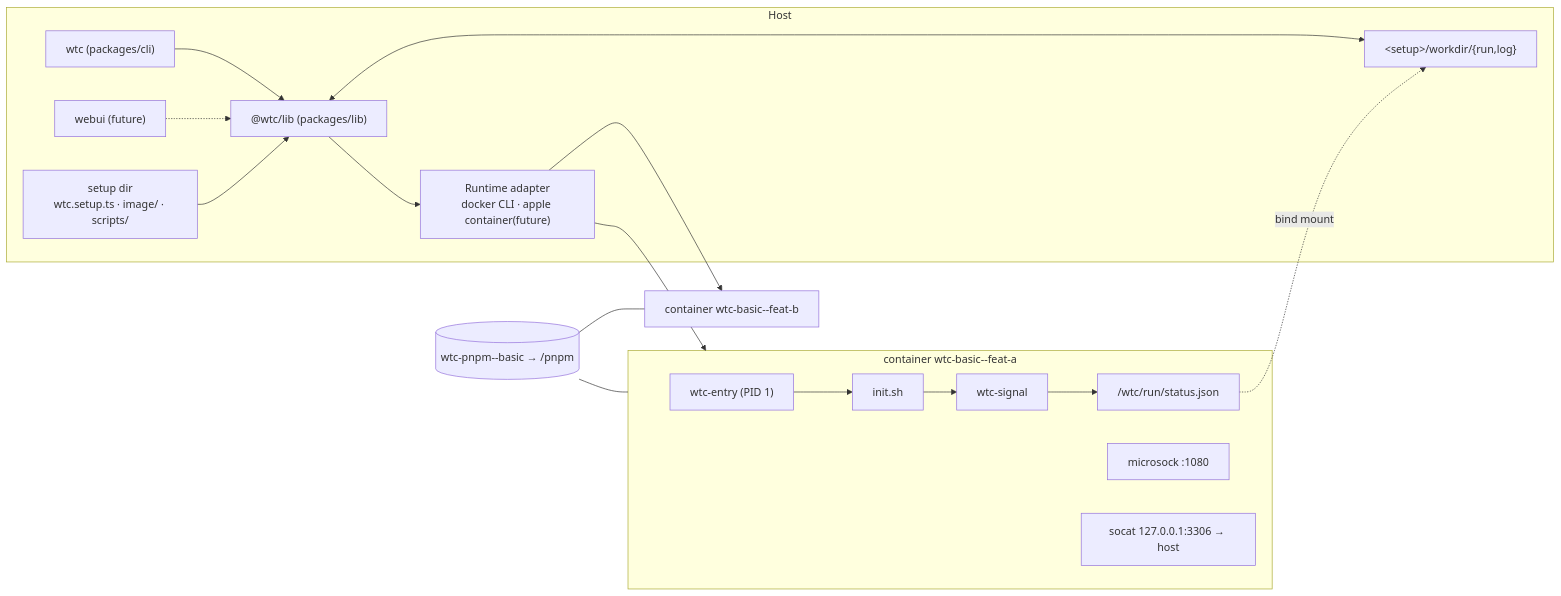
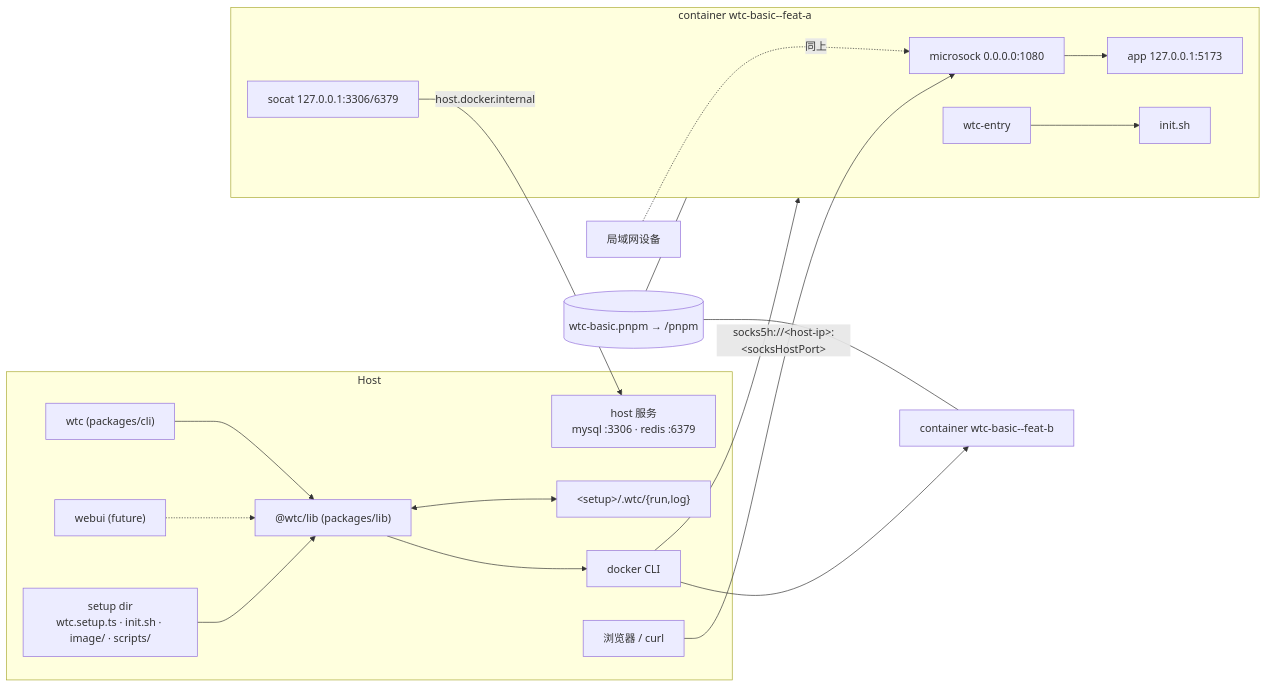
Before and after one commit to lyonbot/wtc: the first of 4 diagrams in docs/superpowers/specs/2026-09-30-wtc-design.md, drawn with Mermaid. The commit also changed other lines of this file, not shown here.

Commit message:
docs: revise wtc design spec (drop apple/container, fixed socks port, verified findings, doc deliverables)

````diff
--- a/docs/superpowers/specs/2026-09-30-wtc-design.md
+++ b/docs/superpowers/specs/2026-09-30-wtc-design.md
@@ -33,19 +43,23 @@
 ```mermaid
 flowchart LR
   subgraph host[Host]
     CLI["wtc (packages/cli)"] --> LIB["@wtc/lib (packages/lib)"]
     WEB["webui (future)"] -.-> LIB
-    LIB --> RT["Runtime adapter<br/>docker CLI · apple container(future)"]
-    LIB <--> WD["&lt;setup&gt;/workdir/{run,log}"]
-    SETUP["setup dir<br/>wtc.setup.ts · image/ · scripts/"] --> LIB
+    LIB --> RT["docker CLI"]
+    LIB <--> ST8["&lt;setup&gt;/.wtc/{run,log}"]
+    SETUP["setup dir<br/>wtc.setup.ts · init.sh · image/ · scripts/"] --> LIB
+    SVC["host 服务<br/>mysql :3306 · redis :6379"]
+    BROWSER["浏览器 / curl"]
   end
   RT --> C1 & C2
   subgraph C1["container wtc-basic--feat-a"]
-    ENTRY["wtc-entry (PID 1)"] --> INIT["init.sh"] --> SIG["wtc-signal"] --> ST["/wtc/run/status.json"]
-    SOCKS["microsock :1080"]
-    SOCAT["socat 127.0.0.1:3306 → host"]
+    ENTRY["wtc-entry"] --> INIT["init.sh"]
+    SOCKS["microsock 0.0.0.0:1080"] --> APP["app 127.0.0.1:5173"]
+    SOCAT["socat 127.0.0.1:3306/6379"]
   end
   C2["container wtc-basic--feat-b"]
-  ST -. bind mount .-> WD
-  VOL[("wtc-pnpm--basic → /pnpm")] --- C1 & C2
+  BROWSER -- "socks5h://&lt;host-ip&gt;:&lt;socksHostPort&gt;" --> SOCKS
+  LAN["局域网设备"] -. 同上 .-> SOCKS
+  SOCAT -- "host.docker.internal" --> SVC
+  VOL[("wtc-basic.pnpm → /pnpm")] --- C1 & C2
 ```
````
